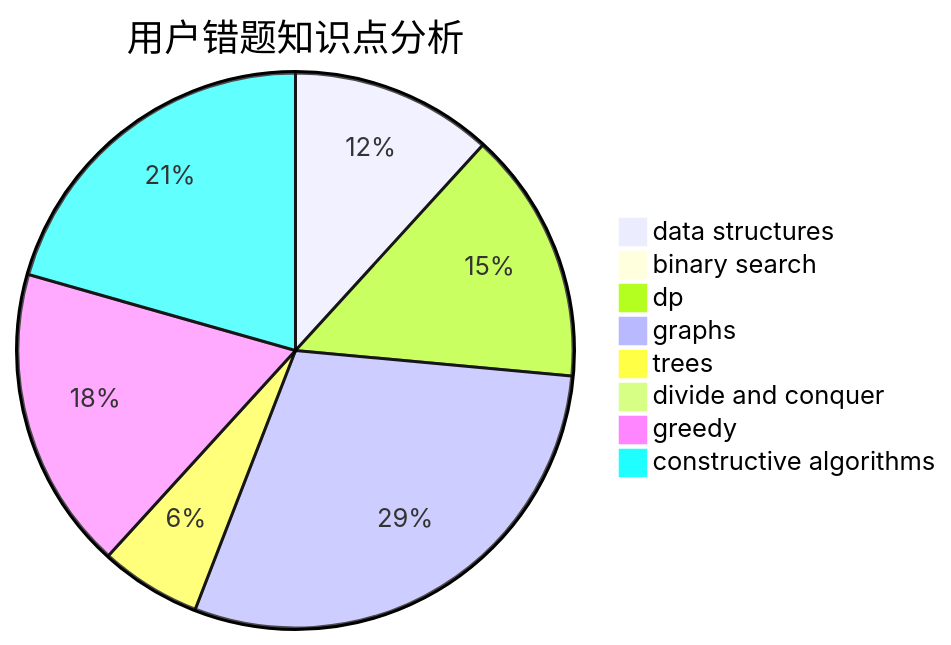
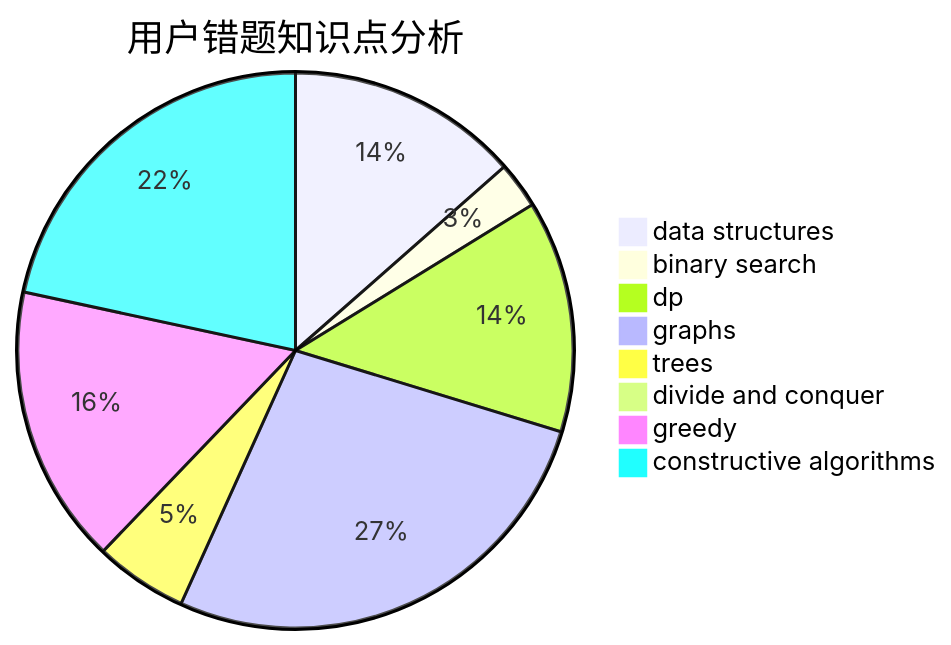
The third of 3 diagrams in docs/user/u70.md (sherpahu/cfrs.github.io), drawn with Mermaid before and after one commit. The commit also changed other lines of this file and 2770 other files, not shown here.

````diff
--- a/docs/user/u70.md
+++ b/docs/user/u70.md
@@ -36,11 +36,11 @@
 ```mermaid
 pie title 用户错题知识点分析
-    "data structures" :  4
-    "binary search" :  0
+    "data structures" :  5
+    "binary search" :  1
     "dp" :  5
     "graphs" :  10
     "trees" :  2
     "divide and conquer" :  0
     "greedy" :  6
-    "constructive algorithms" :  7
+    "constructive algorithms" :  8
 ```
````
